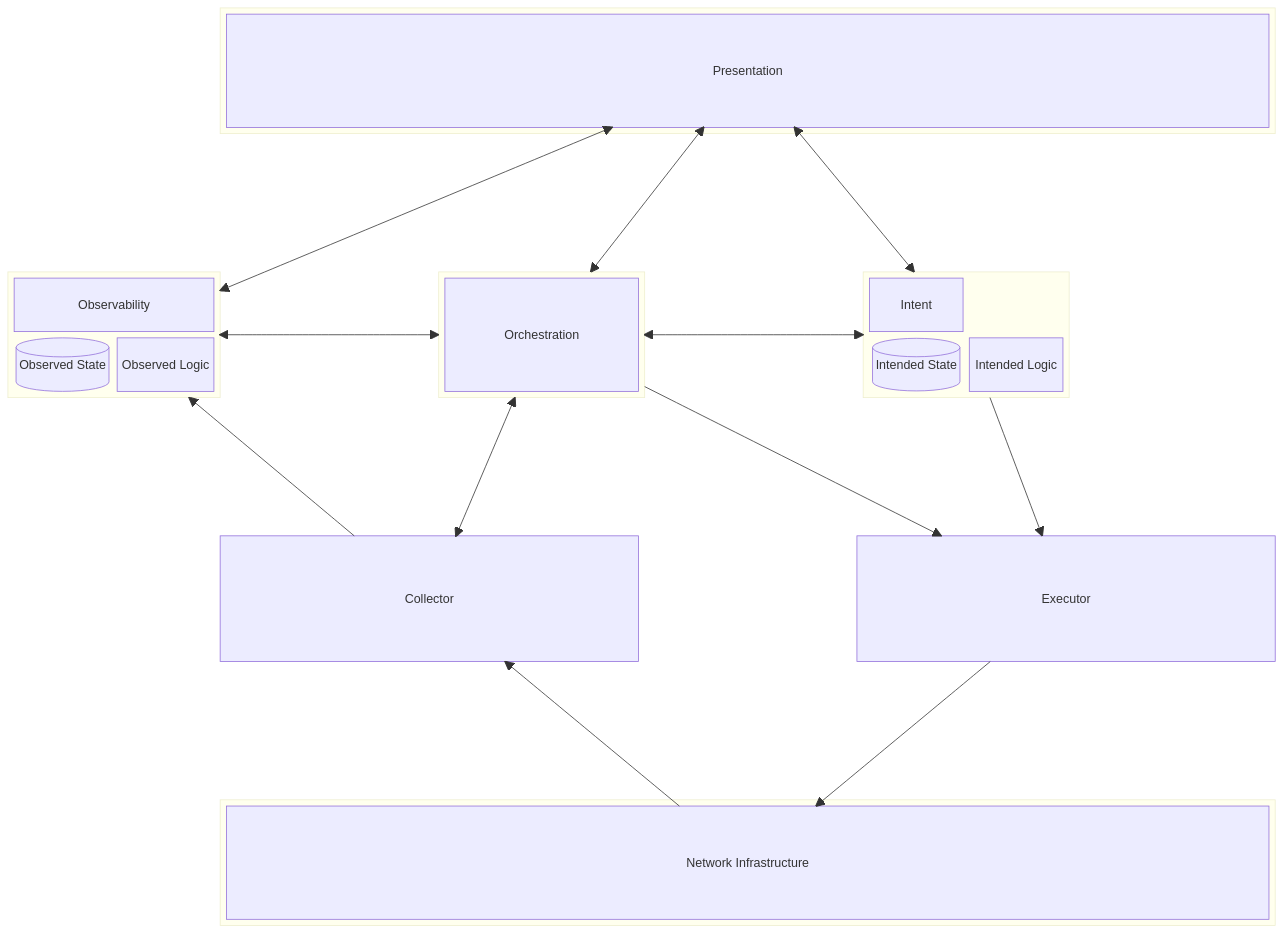
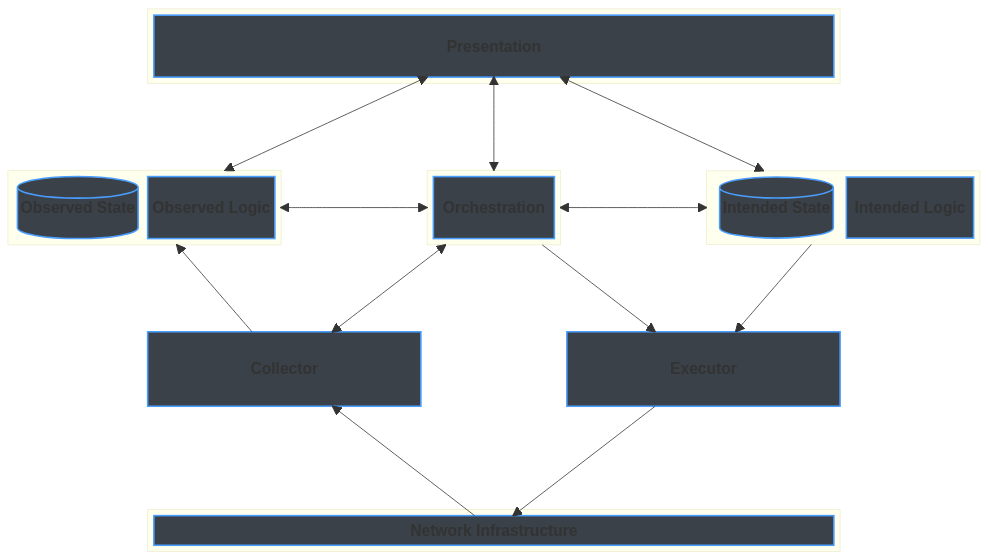
One commit to Network-Automation-Forum/reference changed the diagram in docs/Framework/Framework.md. Above: the diagram before and after it, drawn with Mermaid.

Commit message:
Revise Framework.md mermaid diagram and descriptions
Updated the mermaid diagram to reflect changes in the functional building blocks and their relationships.

````diff
--- a/docs/Framework/Framework.md
+++ b/docs/Framework/Framework.md
@@ -19,63 +19,72 @@
 ```mermaid
 block-beta
-    columns 5
+    columns 7
     
-	space
+	space:1	
     block:layer1:5
         Presentation["Presentation"]
     end
+	space:1
 
-    space:5
+    space:7
 
     
-    block:Observability:1
+    block:Observability:2
         columns 2
-        ObsLabel["Observability"]:2
+        %% ObsLabel["Observabilit"]:2
         ObservedState[("Observed State")]:1
         ObservedLogic["Observed Logic"]:1
     end
+
 	space
     
-    %% Orchestration["Orchestration"]:1
 	block:Orchestration:1
 		columns 1
 		OrchLabel["Orchestration"]:1
 	end
+
 	space
     
-    block:Intent:1
+    block:Intent:2
         columns 2
-        IntLabel["Intent"]:2
+        %% IntLabel["Intent"]:2
         IntendedState[("Intended State")]:1
         IntendedLogic["Intended Logic"]:1
     end
     
-	space:5
-    
+    space:7
 
 	space
+
+    
     Collector["Collector"]:2
 	space
     Executor["Executor"]:2
-	space:5
 	space
+    
+	space:7
+	space:1
     
     block:layer4:5
         NetworkInfra["Network Infrastructure"]
     end
     
     Presentation <--> Observability
     Presentation <--> Orchestration
     Presentation <--> Intent
     
     Observability <--> Orchestration
     Orchestration <--> Intent
     
     Collector --> Observability
     Collector <--> Orchestration
 	NetworkInfra --> Collector
     
     Orchestration --> Executor
     Intent --> Executor
     Executor --> NetworkInfra
+    
+    classDef darkStyle fill:#3a4149,stroke:#4a9eff,stroke-width:2px,color:#e8e8e8,font-size:20px,font-weight:bold
+    
+    class Presentation,NetworkInfra,ObsLabel,IntLabel,Collector,Executor,ObservedState,ObservedLogic,IntendedState,IntendedLogic,OrchLabel darkStyle
 ```
````
